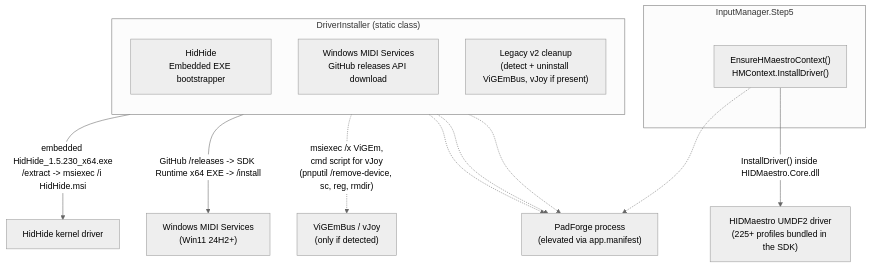
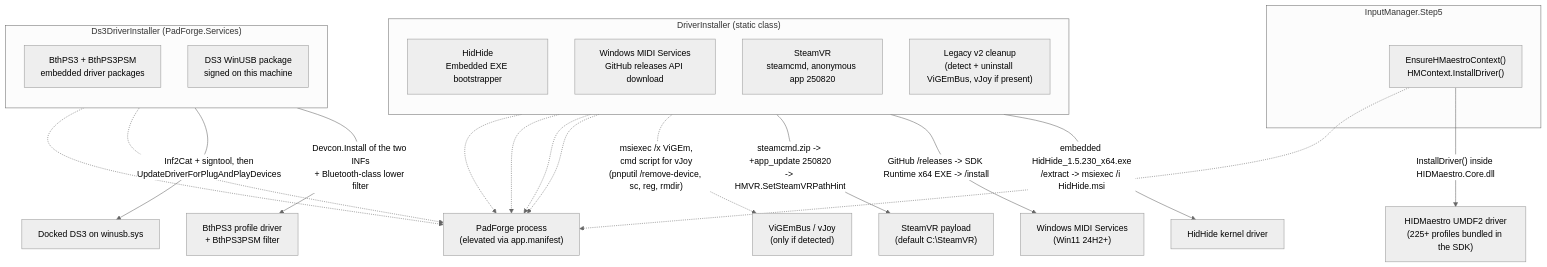
One commit to hifihedgehog/padforge.org changed the first of 3 diagrams in wiki/reference/driver-installation-internals.md. Above: the diagram before and after it, drawn with Mermaid (neutral theme). The commit also changed other lines of this file and 138 other files, not shown here.

````diff
--- a/wiki/reference/driver-installation-internals.md
+++ b/wiki/reference/driver-installation-internals.md
@@ -36,23 +42,36 @@
 ```mermaid
 graph TD
     subgraph Engine["InputManager.Step5"]
         HM["EnsureHMaestroContext()<br/>HMContext.InstallDriver()"]
     end
 
     subgraph DriverInstaller["DriverInstaller (static class)"]
         direction TB
         HH["HidHide<br/>Embedded EXE bootstrapper"]
         MS["Windows MIDI Services<br/>GitHub releases API download"]
+        SV["SteamVR<br/>steamcmd, anonymous app 250820"]
         LC["Legacy v2 cleanup<br/>(detect + uninstall ViGEmBus, vJoy if present)"]
+    end
+
+    subgraph Ds3["Ds3DriverInstaller (PadForge.Services)"]
+        direction TB
+        BT["BthPS3 + BthPS3PSM<br/>embedded driver packages"]
+        WU["DS3 WinUSB package<br/>signed on this machine"]
     end
 
     HM -->|"InstallDriver() inside HIDMaestro.Core.dll"| HM_DRV["HIDMaestro UMDF2 driver<br/>(225+ profiles bundled in the SDK)"]
     HH -->|"embedded HidHide_1.5.230_x64.exe<br/>/extract -> msiexec /i HidHide.msi"| HH_DRV["HidHide kernel driver"]
     MS -->|"GitHub /releases -> SDK Runtime x64 EXE -> /install"| MS_SVC["Windows MIDI Services<br/>(Win11 24H2+)"]
+    SV -->|"steamcmd.zip -> +app_update 250820<br/>-> HMVR.SetSteamVRPathHint"| SV_DIR["SteamVR payload<br/>(default C:\SteamVR)"]
+    BT -->|"Devcon.Install of the two INFs<br/>+ Bluetooth-class lower filter"| BT_DRV["BthPS3 profile driver<br/>+ BthPS3PSM filter"]
+    WU -->|"Inf2Cat + signtool, then<br/>UpdateDriverForPlugAndPlayDevices"| WU_DEV["Docked DS3 on winusb.sys"]
     LC -.->|"msiexec /x ViGEm,<br/>cmd script for vJoy<br/>(pnputil /remove-device, sc, reg, rmdir)"| OLD["ViGEmBus / vJoy<br/>(only if detected)"]
 
     HM -.-> ELEV["PadForge process<br/>(elevated via app.manifest)"]
     HH -.-> ELEV
     MS -.-> ELEV
+    SV -.-> ELEV
+    BT -.-> ELEV
+    WU -.-> ELEV
     LC -.-> ELEV
 ```
````
